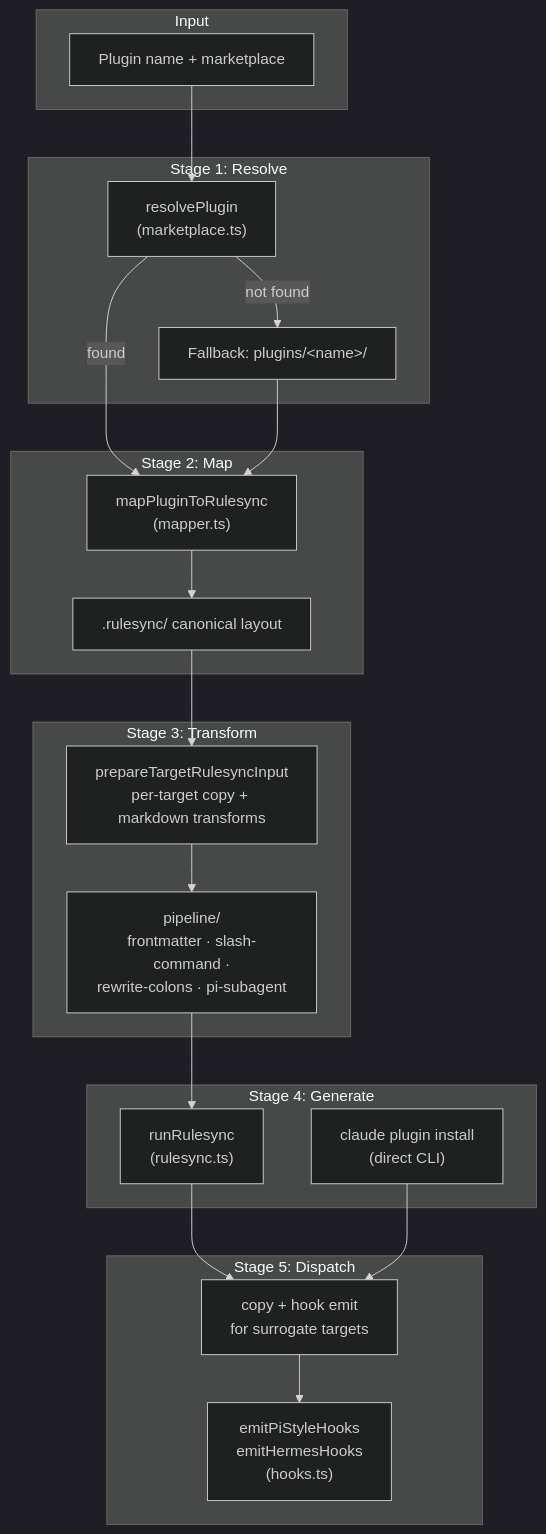
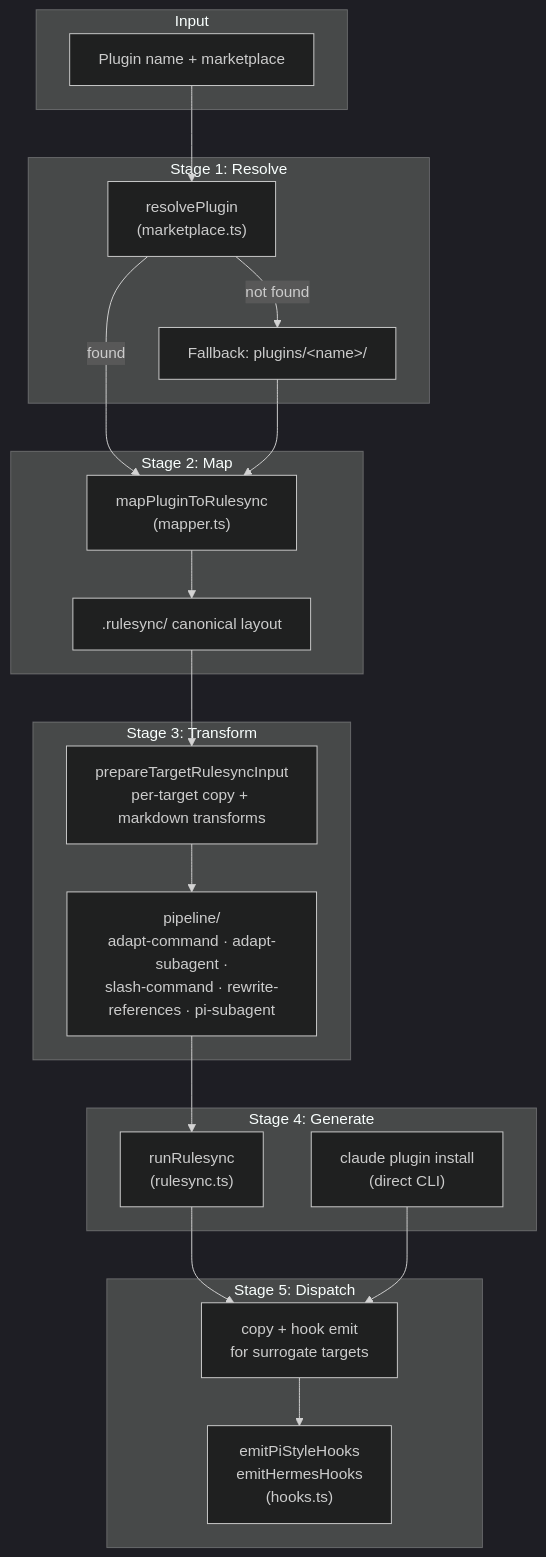
Before and after one commit to gobing-ai/superskill: the first of 3 diagrams in docs/help/cmd_install.md, drawn with Mermaid (dark theme). The commit also changed other lines of this file and 2 other files, not shown here.

````diff
--- a/docs/help/cmd_install.md
+++ b/docs/help/cmd_install.md
@@ -59,43 +60,43 @@
 ```mermaid
 flowchart TD
     subgraph Input
         P["Plugin name + marketplace"]
     end
 
     subgraph "Stage 1: Resolve"
         R["resolvePlugin<br/>(marketplace.ts)"]
         RF["Fallback: plugins/&lt;name&gt;/"]
     end
 
     subgraph "Stage 2: Map"
         M["mapPluginToRulesync<br/>(mapper.ts)"]
         RR[".rulesync/ canonical layout"]
     end
 
     subgraph "Stage 3: Transform"
         T["prepareTargetRulesyncInput<br/>per-target copy + markdown transforms"]
-        TT["pipeline/<br/>frontmatter · slash-command ·<br/>rewrite-colons · pi-subagent"]
+        TT["pipeline/<br/>adapt-command · adapt-subagent ·<br/>slash-command · rewrite-references · pi-subagent"]
     end
 
     subgraph "Stage 4: Generate"
         G["runRulesync<br/>(rulesync.ts)"]
         CL["claude plugin install<br/>(direct CLI)"]
     end
 
     subgraph "Stage 5: Dispatch"
         D["copy + hook emit<br/>for surrogate targets"]
         H["emitPiStyleHooks<br/>emitHermesHooks<br/>(hooks.ts)"]
     end
 
     P --> R
     R -->|found| M
     R -->|not found| RF
     RF --> M
     M --> RR
     RR --> T
     T --> TT
     TT --> G
     G --> D
     CL --> D
     D --> H
 ```
````
